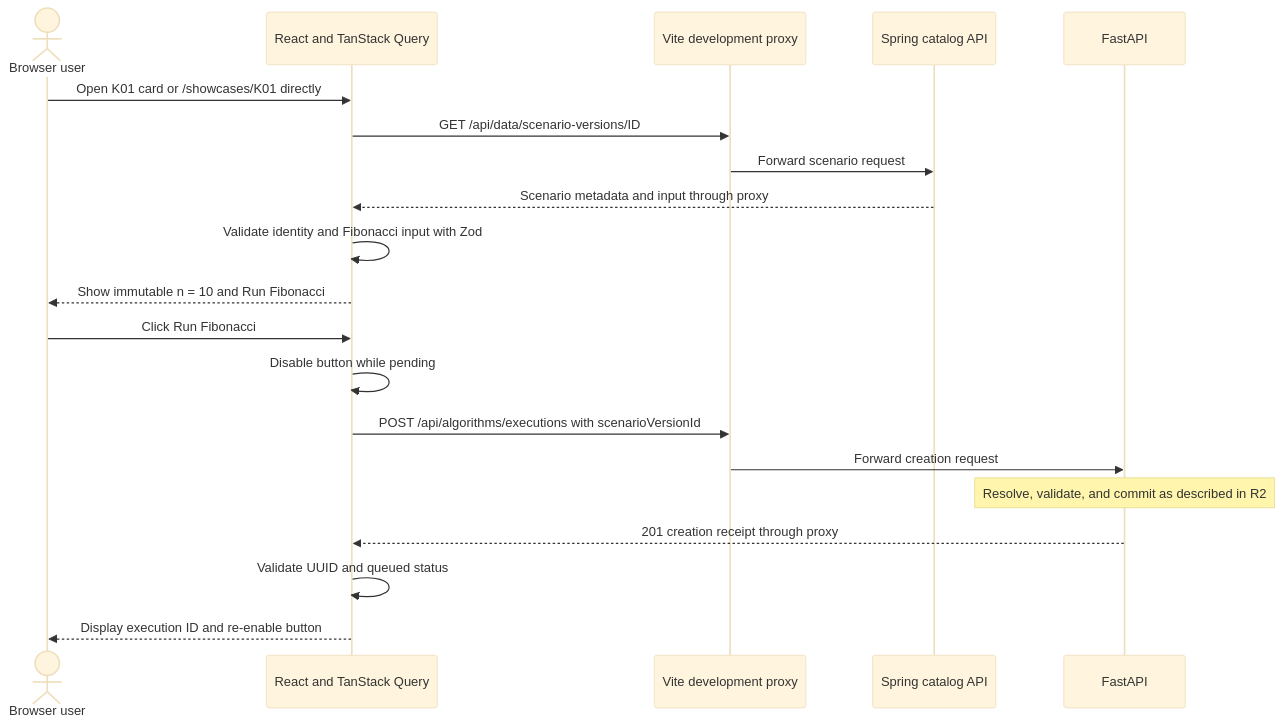
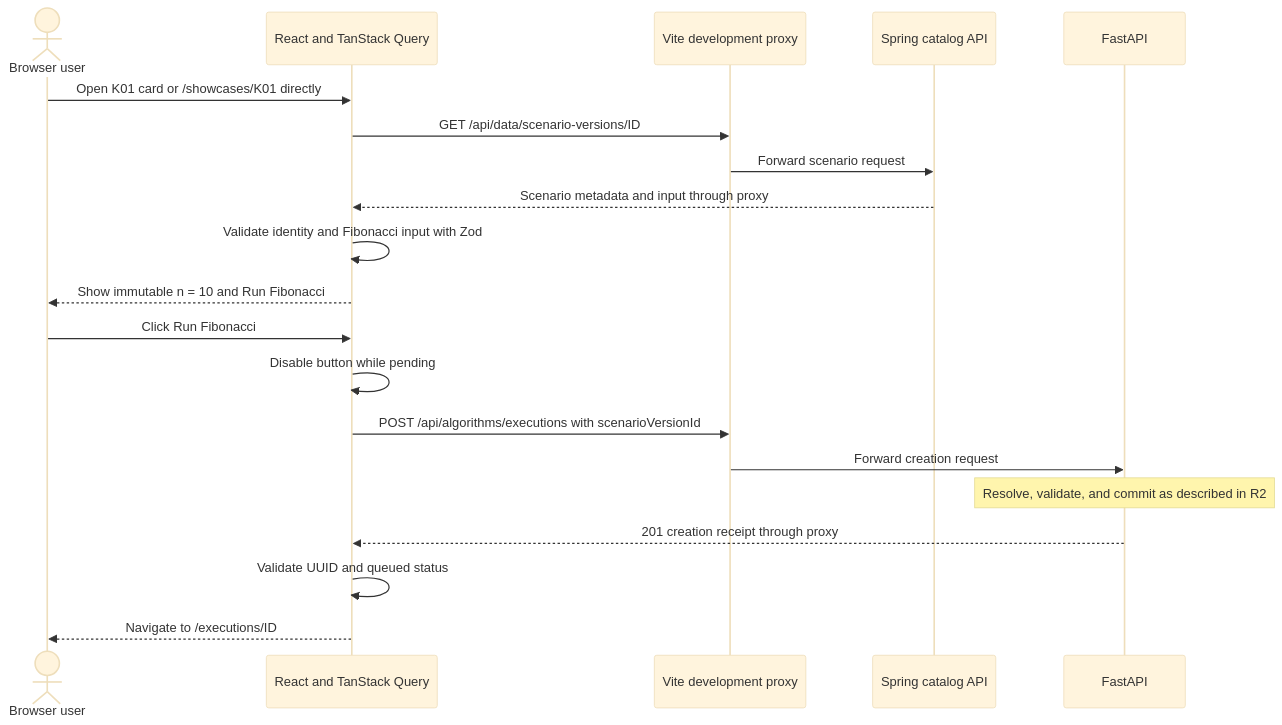
The second of 10 diagrams in docs/architecture/request-scenarios.md (eseidinger/algorithms), drawn with Mermaid (base theme) before and after one commit. The commit also changed other lines of this file and 11 other files, not shown here.

Commit message:
feat: display execution status and results with polling

````diff
--- a/docs/architecture/request-scenarios.md
+++ b/docs/architecture/request-scenarios.md
@@ -42,22 +42,22 @@
 ```mermaid
 sequenceDiagram
     actor B as Browser user
     participant R as React and TanStack Query
     participant V as Vite development proxy
     participant S as Spring catalog API
     participant A as FastAPI
     B->>R: Open K01 card or /showcases/K01 directly
     R->>V: GET /api/data/scenario-versions/ID
     V->>S: Forward scenario request
     S-->>R: Scenario metadata and input through proxy
     R->>R: Validate identity and Fibonacci input with Zod
     R-->>B: Show immutable n = 10 and Run Fibonacci
     B->>R: Click Run Fibonacci
     R->>R: Disable button while pending
     R->>V: POST /api/algorithms/executions with scenarioVersionId
     V->>A: Forward creation request
     Note over A: Resolve, validate, and commit as described in R2
     A-->>R: 201 creation receipt through proxy
     R->>R: Validate UUID and queued status
-    R-->>B: Display execution ID and re-enable button
+    R-->>B: Navigate to /executions/ID
 ```
````
